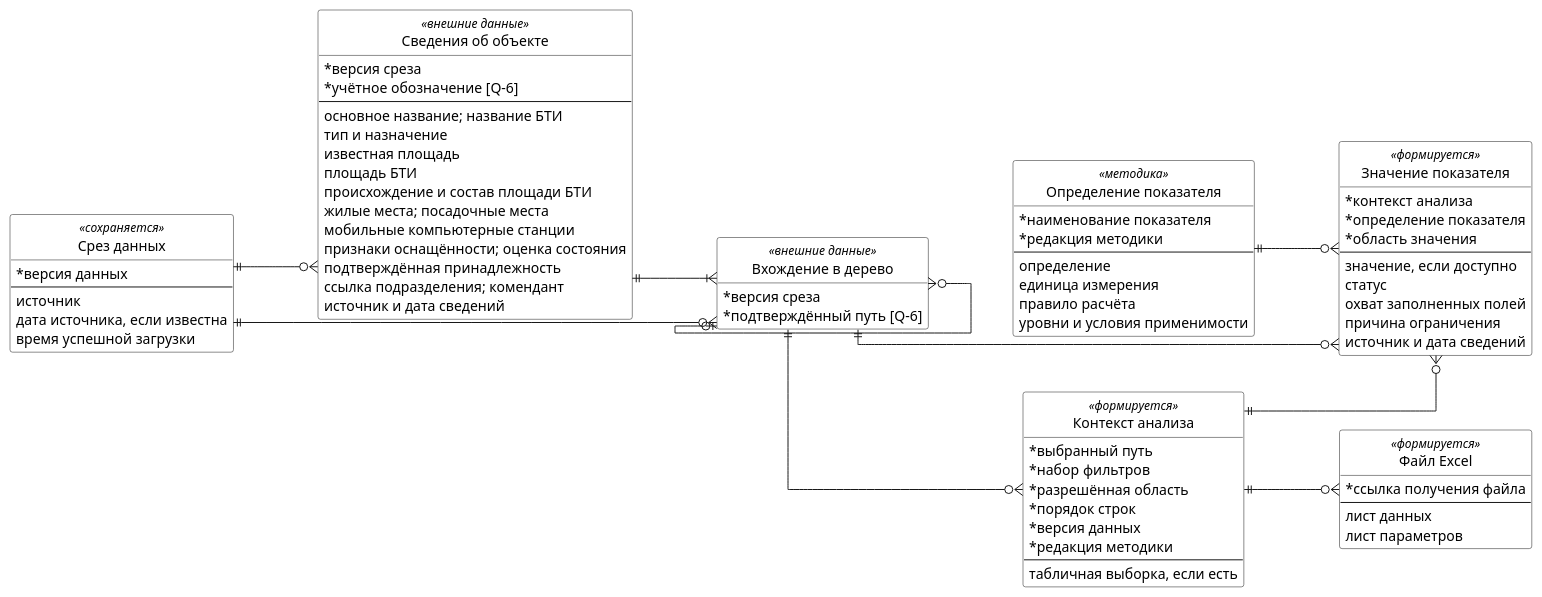
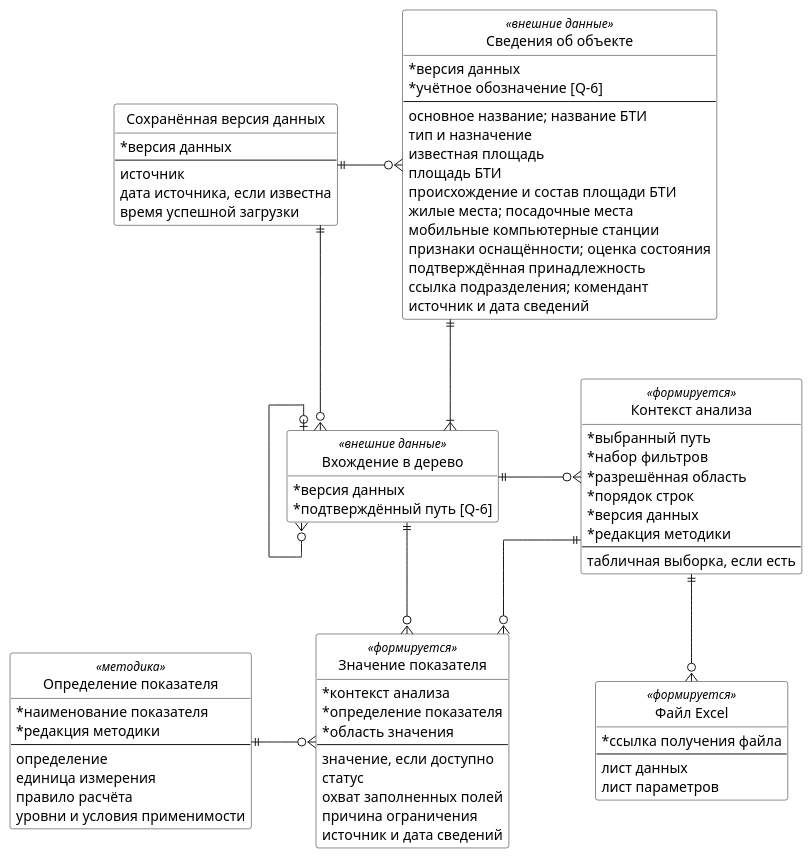
Before and after one commit to Vova-luk/university-infrastructure-analysis: the diagram in lab2/variants/BI-Case/diagrams/logical-data.puml, drawn with PlantUML. The commit also changed 2 other files, not shown here.

```diff
--- a/lab2/variants/BI-Case/diagrams/logical-data.puml
+++ b/lab2/variants/BI-Case/diagrams/logical-data.puml
@@ -1,92 +1,92 @@
 @startuml logical-data
-left to right direction
+top to bottom direction
 skinparam linetype ortho
 skinparam shadowing false
 skinparam defaultFontName Arial
 skinparam classAttributeIconSize 0
 skinparam classBackgroundColor White
-skinparam nodesep 55
-skinparam ranksep 85
+skinparam nodesep 65
+skinparam ranksep 60
 hide circle
 hide methods
 
-entity "Срез данных" as Snapshot <<сохраняется>> {
+entity "Сохранённая версия данных" as Snapshot {
   * версия данных
   --
   источник
   дата источника, если известна
   время успешной загрузки
 }
 
 entity "Сведения об объекте" as ObjectInfo <<внешние данные>> {
-  * версия среза
+  * версия данных
   * учётное обозначение [Q-6]
   --
   основное название; название БТИ
   тип и назначение
   известная площадь
   площадь БТИ
   происхождение и состав площади БТИ
   жилые места; посадочные места
   мобильные компьютерные станции
   признаки оснащённости; оценка состояния
   подтверждённая принадлежность
   ссылка подразделения; комендант
   источник и дата сведений
 }
 
 entity "Вхождение в дерево" as TreeEntry <<внешние данные>> {
-  * версия среза
+  * версия данных
   * подтверждённый путь [Q-6]
 }
 
 entity "Определение показателя" as Definition <<методика>> {
   * наименование показателя
   * редакция методики
   --
   определение
   единица измерения
   правило расчёта
   уровни и условия применимости
 }
 
 entity "Контекст анализа" as Context <<формируется>> {
   * выбранный путь
   * набор фильтров
   * разрешённая область
   * порядок строк
   * версия данных
   * редакция методики
   --
   табличная выборка, если есть
 }
 
 entity "Значение показателя" as MetricValue <<формируется>> {
   * контекст анализа
   * определение показателя
   * область значения
   --
   значение, если доступно
   статус
   охват заполненных полей
   причина ограничения
   источник и дата сведений
 }
 
 entity "Файл Excel" as ExcelFile <<формируется>> {
   * ссылка получения файла
   --
   лист данных
   лист параметров
 }
 
-Snapshot ||--o{ ObjectInfo
-Snapshot ||--o{ TreeEntry
-ObjectInfo ||--|{ TreeEntry
+Snapshot ||-right-o{ ObjectInfo
+Snapshot ||-down-o{ TreeEntry
+ObjectInfo ||-down-|{ TreeEntry
 TreeEntry |o--o{ TreeEntry
-TreeEntry ||--o{ Context
-Context ||--o{ MetricValue
-Definition ||--o{ MetricValue
-TreeEntry ||--o{ MetricValue
-Context ||--o{ ExcelFile
+TreeEntry ||-right-o{ Context
+Context ||-down-o{ MetricValue
+Definition ||-right-o{ MetricValue
+TreeEntry ||-down-o{ MetricValue
+Context ||-down-o{ ExcelFile
 @enduml
```
